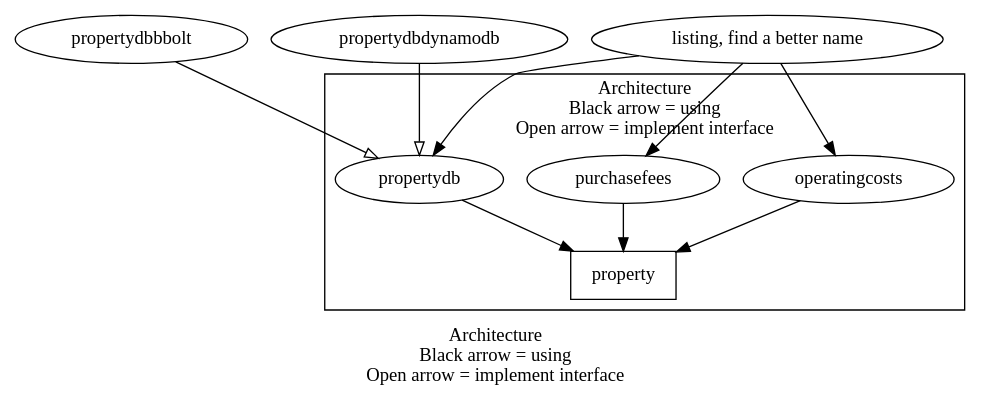
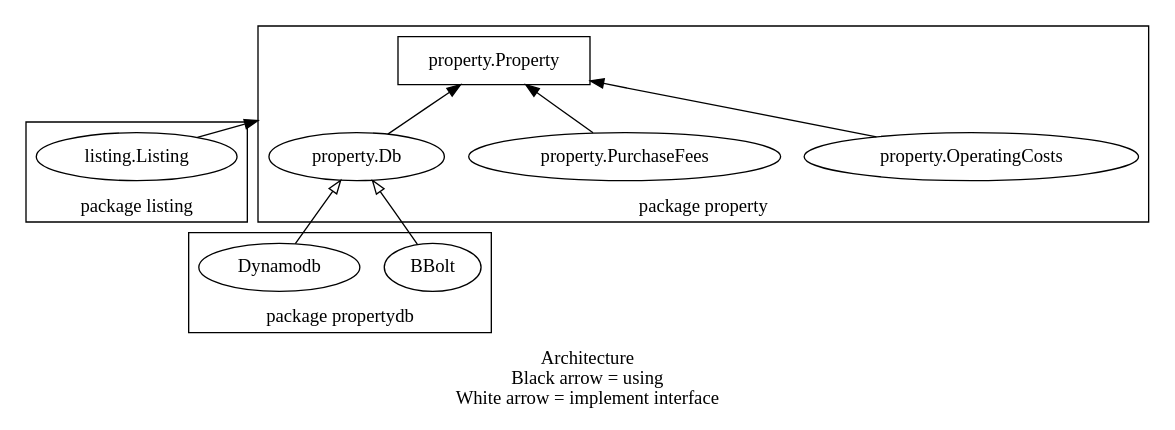
Before and after one commit to Jumziey/propertycompare: the diagram in docs/architecture.gv, drawn with Graphviz.

Commit message:
Updated architecture design.

```diff
--- a/docs/architecture.gv
+++ b/docs/architecture.gv
@@ -1,29 +1,33 @@
 digraph Architecture { 
-	label="Architecture \n Black arrow = using \n Open arrow = implement interface"
+	compound=true
+	rankdir=BT
+	label="Architecture \n Black arrow = using \n White arrow = implement interface"
 
-	propertydbbbolt
-	propertydbdynamodb
-
+	
 	subgraph cluster_property_domain {
-		operatingcosts
-		purchasefees
-		property[shape="rectangle"]
-		propertydb
+		label="package property"
+		operatingcosts[label="property.OperatingCosts"]
+		purchasefees[label="property.PurchaseFees"]
+		property[label="property.Property", shape="rectangle"]
+		propertydb[label="property.Db"]
 	}
 
 	
 	operatingcosts->property
 	purchasefees->property
 	propertydb->property
-	propertydbbbolt->propertydb[arrowhead="onormal"]
-	propertydbdynamodb->propertydb[arrowhead="onormal"]
-	
-	//Use case
-	//we have a user which want to save/list/search properties then present costs on them 
-	//with purchase fees and operating costs. Also want to take a diff on this.
-	listing[label="listing, find a better name"]
-	listing->propertydb
-	listing->purchasefees
-	listing->operatingcosts
 
+	subgraph cluster_propertydbimpl_domain {
+		label="package propertydb"
+		bbolt[label="BBolt"]
+		dynamodb[label="Dynamodb"]
+	}
+	bbolt->propertydb[arrowhead="onormal"]
+	dynamodb->propertydb[arrowhead="onormal"]
+
+	subgraph cluster_listing_usecase {
+		label="package listing"
+		listing[label="listing.Listing"]
+	}
+	listing->property[lhead=cluster_property_domain]
 }
```
